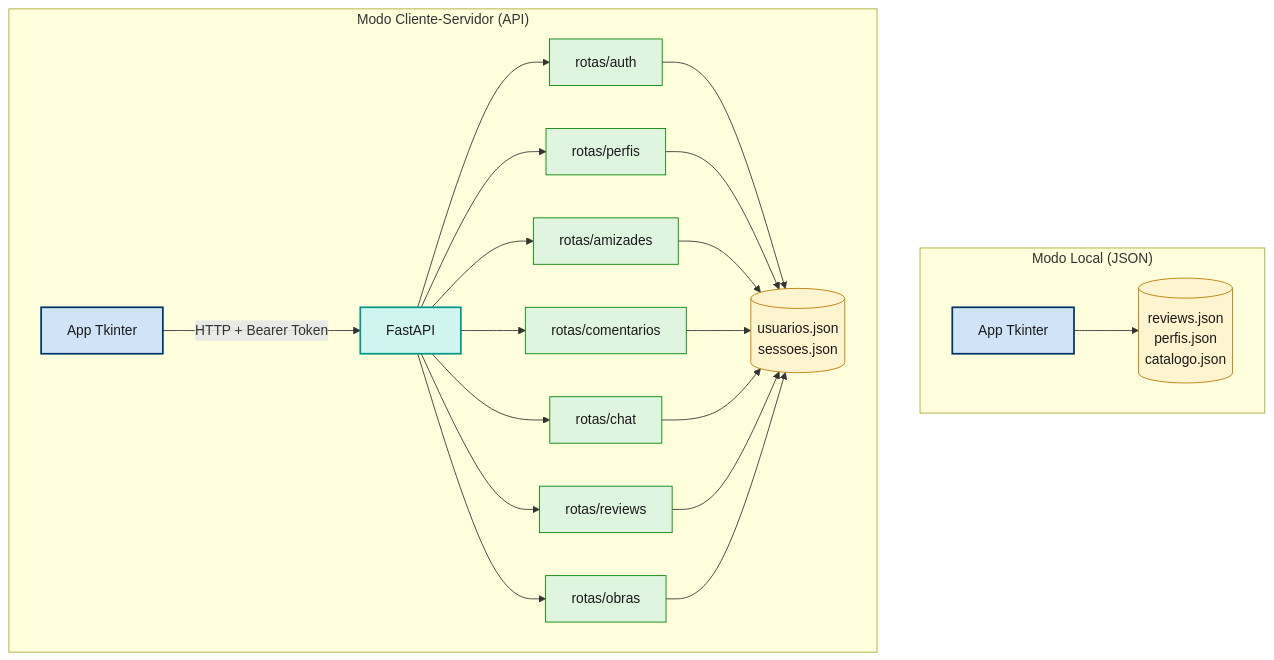
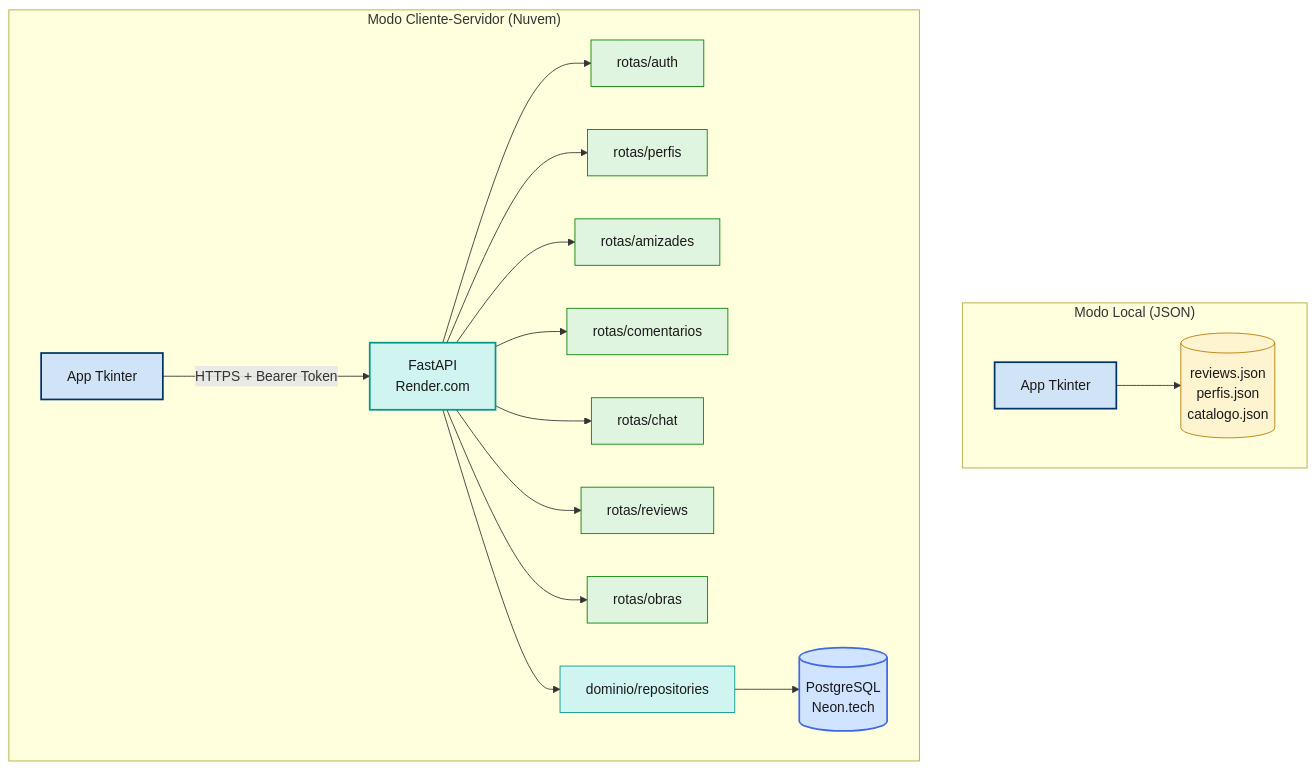
One commit to lordepeter/PDF_Reader changed the second of 4 diagrams in README.md. Above: the diagram before and after it, drawn with Mermaid. The commit also changed other lines of this file, not shown here.

````diff
--- a/README.md
+++ b/README.md
@@ -170,37 +179,33 @@
 ```mermaid
 graph TB
     subgraph "Modo Local (JSON)"
         APP1[App Tkinter] --> JSON1[(reviews.json<br/>perfis.json<br/>catalogo.json)]
     end
 
-    subgraph "Modo Cliente-Servidor (API)"
-        APP2[App Tkinter] -->|HTTP + Bearer Token| API[FastAPI]
+    subgraph "Modo Cliente-Servidor (Nuvem)"
+        APP2[App Tkinter] -->|HTTPS + Bearer Token| API[FastAPI<br/>Render.com]
         API --> AUTHR[rotas/auth]
         API --> PERFR[rotas/perfis]
         API --> AMIGR[rotas/amizades]
         API --> COMR[rotas/comentarios]
         API --> CHATR[rotas/chat]
         API --> REVR[rotas/reviews]
         API --> CATR[rotas/obras]
-        AUTHR --> JSON2[(usuarios.json<br/>sessoes.json)]
-        PERFR --> JSON2
-        AMIGR --> JSON2
-        COMR --> JSON2
-        CHATR --> JSON2
-        REVR --> JSON2
-        CATR --> JSON2
+        API --> REPO[dominio/repositories]
+        REPO --> PG[(PostgreSQL<br/>Neon.tech)]
     end
 
     style APP1 fill:#D0E3F7,stroke:#003366,stroke-width:2px,color:#1a1a1a
     style APP2 fill:#D0E3F7,stroke:#003366,stroke-width:2px,color:#1a1a1a
     style API fill:#D0F5F0,stroke:#009688,stroke-width:2px,color:#1a1a1a
     style AUTHR fill:#E0F5E0,stroke:#008000,color:#1a1a1a
     style PERFR fill:#E0F5E0,stroke:#008000,color:#1a1a1a
     style AMIGR fill:#E0F5E0,stroke:#008000,color:#1a1a1a
     style COMR fill:#E0F5E0,stroke:#008000,color:#1a1a1a
     style CHATR fill:#E0F5E0,stroke:#008000,color:#1a1a1a
     style REVR fill:#E0F5E0,stroke:#008000,color:#1a1a1a
     style CATR fill:#E0F5E0,stroke:#008000,color:#1a1a1a
+    style REPO fill:#D0F5F0,stroke:#009688,color:#1a1a1a
     style JSON1 fill:#FFF4D0,stroke:#B77900,color:#1a1a1a
-    style JSON2 fill:#FFF4D0,stroke:#B77900,color:#1a1a1a
+    style PG fill:#D0E3FF,stroke:#4169E1,stroke-width:2px,color:#1a1a1a
 ```
````
